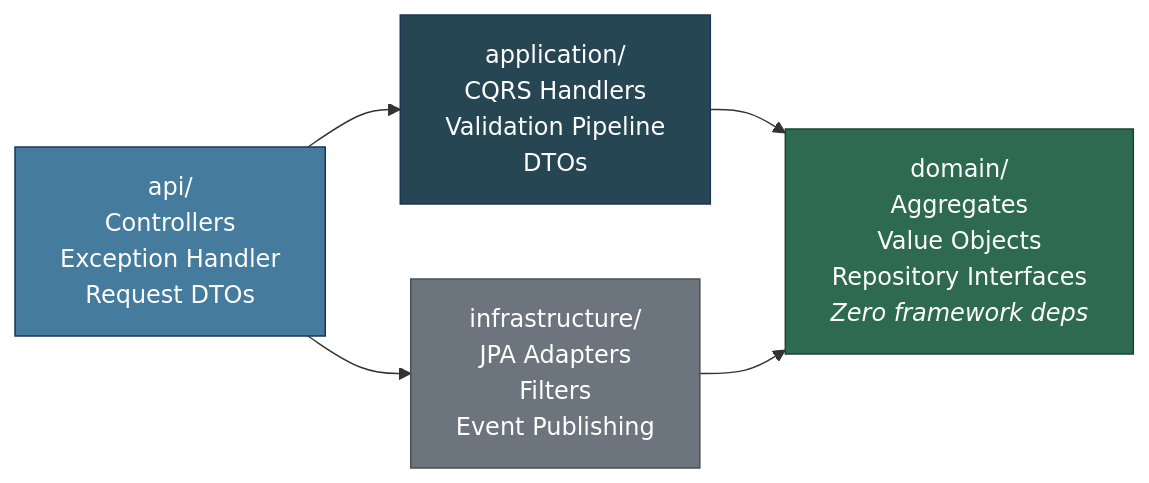
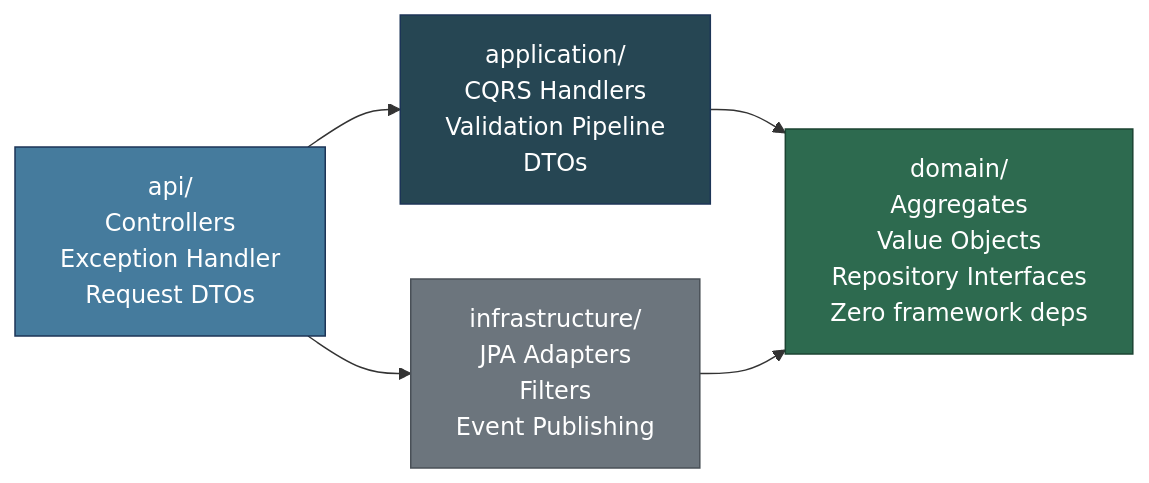
One commit to huuddd/Keyloop-OA changed the first of 8 diagrams in README.md. Above: the diagram before and after it, drawn with Mermaid. The commit also changed other lines of this file, not shown here.

First line of the commit message:
fix: correct Mermaid syntax errors in README diagrams

````diff
--- a/README.md
+++ b/README.md
@@ -11,17 +11,17 @@
 ```mermaid
 graph LR
     API["api/<br/>Controllers<br/>Exception Handler<br/>Request DTOs"]
     APP["application/<br/>CQRS Handlers<br/>Validation Pipeline<br/>DTOs"]
-    DOM["domain/<br/>Aggregates<br/>Value Objects<br/>Repository Interfaces<br/><i>Zero framework deps</i>"]
+    DOM["domain/<br/>Aggregates<br/>Value Objects<br/>Repository Interfaces<br/>Zero framework deps"]
     INF["infrastructure/<br/>JPA Adapters<br/>Filters<br/>Event Publishing"]
 
     API --> APP
     APP --> DOM
     INF --> DOM
     API --> INF
 
     style DOM fill:#2d6a4f,stroke:#1b4332,color:#fff
     style APP fill:#264653,stroke:#1d3557,color:#fff
     style API fill:#457b9d,stroke:#1d3557,color:#fff
     style INF fill:#6c757d,stroke:#495057,color:#fff
 ```
````
